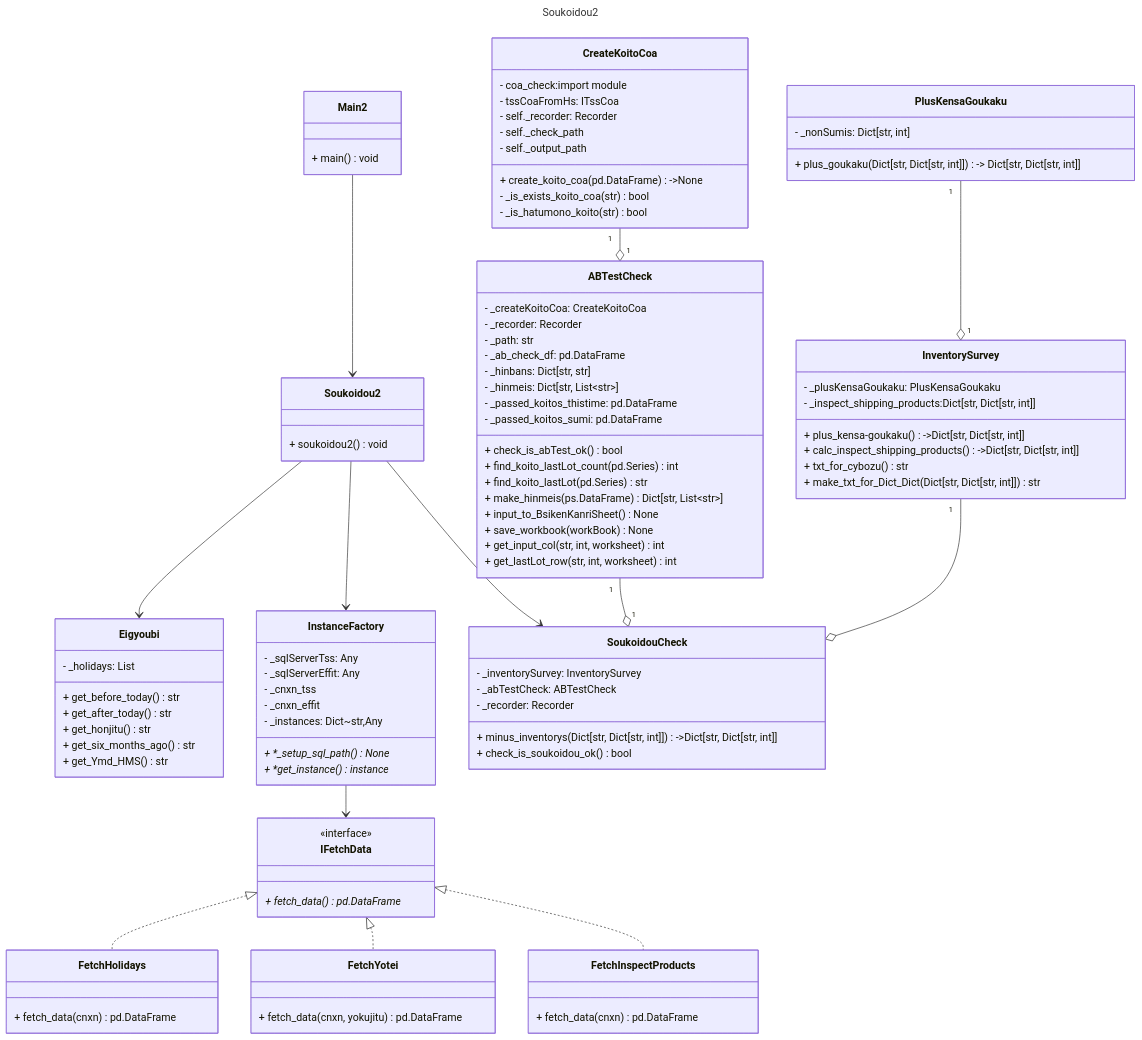
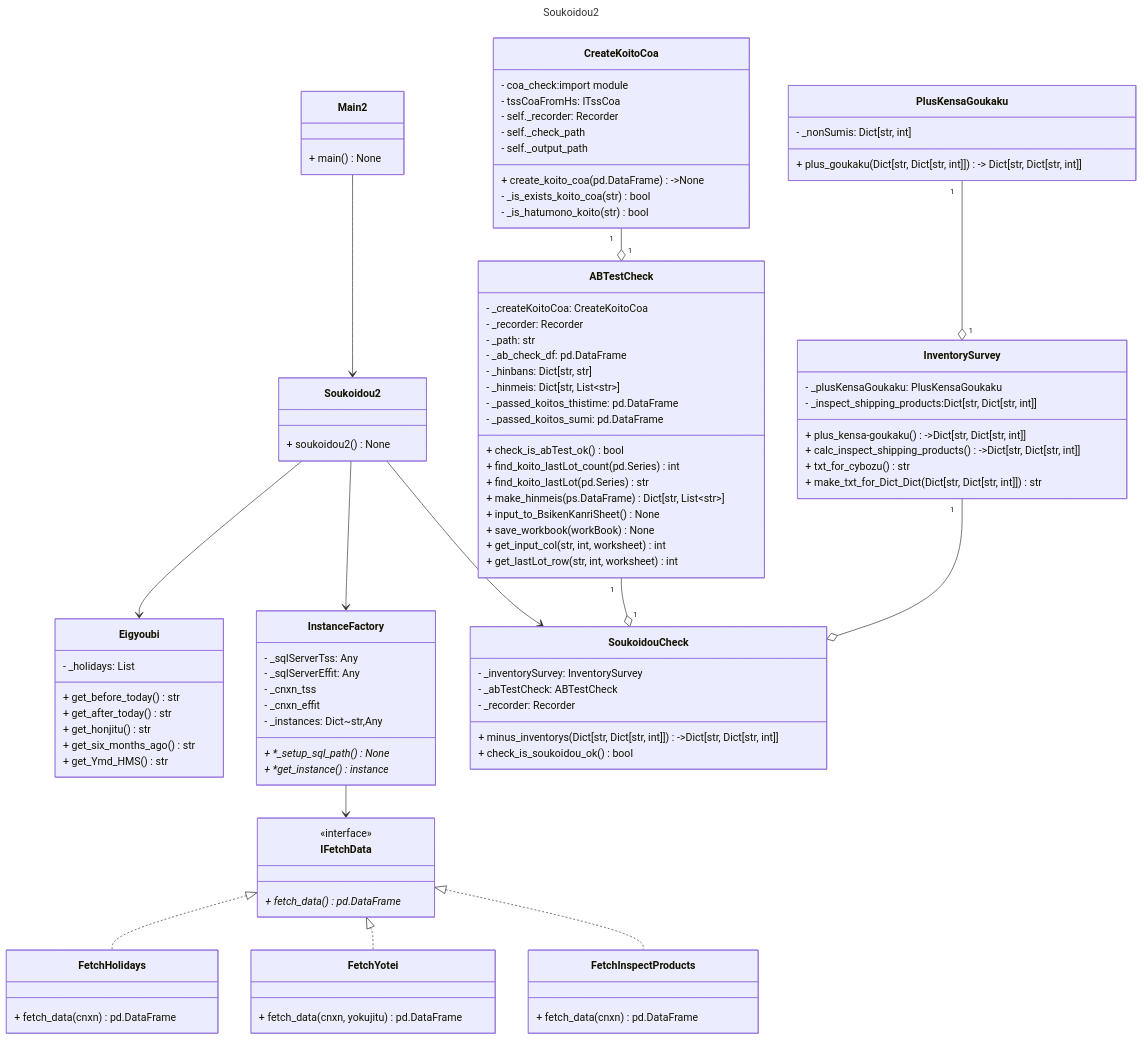
The second of 2 diagrams in soukoidou/soukoidou.md (ogashira/DigitalManager), drawn with Mermaid before and after one commit. The commit also changed other lines of this file and 33 other files, not shown here.

```diff
--- a/soukoidou/soukoidou.md
+++ b/soukoidou/soukoidou.md
@@ -188,10 +194,10 @@
 direction TB
 
 class Main2{
-    + main()void
+    + main()None
 }
 class Soukoidou2{
-    + soukoidou2()void
+    + soukoidou2()None
 }
 class Eigyoubi{
     - _holidays: List
```
